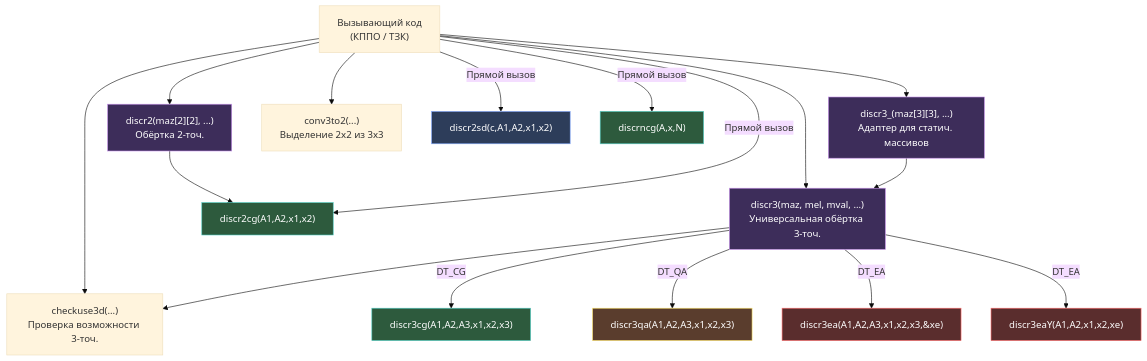
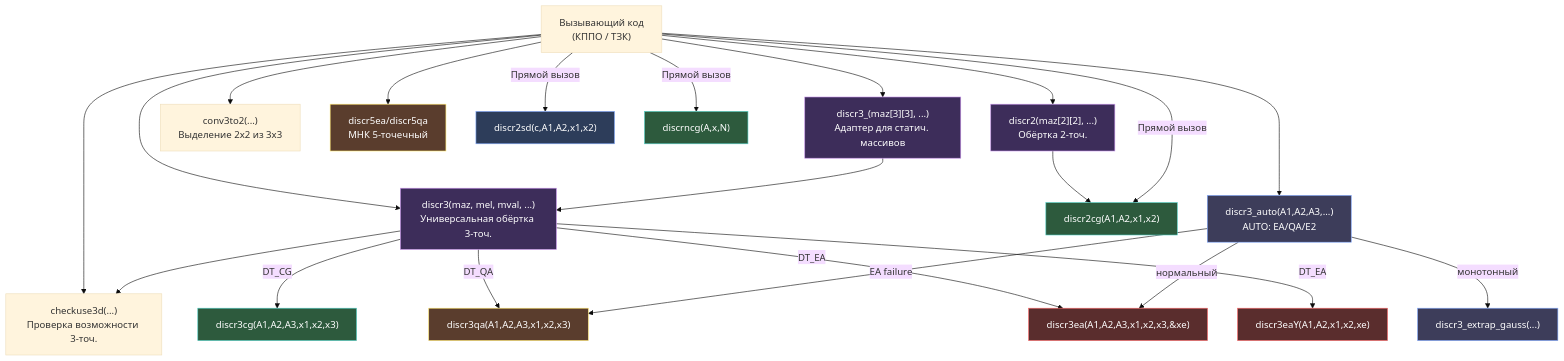
Before and after one commit to AlexLan73/Refactoring: the third of 3 diagrams in discriminator_estimates/Doc/Full.md, drawn with Mermaid (base theme). The commit also changed other lines of this file and 436 other files, not shown here.

````diff
--- a/discriminator_estimates/Doc/Full.md
+++ b/discriminator_estimates/Doc/Full.md
@@ -320,35 +517,44 @@
 ```mermaid
 graph TD
     CALLER["Вызывающий код<br/>(КППО / ТЗК)"]
 
     CALLER --> D3["discr3(maz, mel, mval, ...)<br/>Универсальная обёртка 3-точ."]
     CALLER --> D3_["discr3_(maz[3][3], ...)<br/>Адаптер для статич. массивов"]
     CALLER --> D2["discr2(maz[2][2], ...)<br/>Обёртка 2-точ."]
     CALLER --> CHK["checkuse3d(...)<br/>Проверка возможности 3-точ."]
     CALLER --> CONV["conv3to2(...)<br/>Выделение 2x2 из 3x3"]
+    CALLER --> AUTO["discr3_auto(A1,A2,A3,...)<br/>AUTO: EA/QA/E2"]
+    CALLER --> LSQ5["discr5ea/discr5qa<br/>МНК 5-точечный"]
 
     D3_ --> D3
     D3 --> CHK
 
     D3 -->|"DT_CG"| CG3["discr3cg(A1,A2,A3,x1,x2,x3)"]
     D3 -->|"DT_QA"| QA3["discr3qa(A1,A2,A3,x1,x2,x3)"]
     D3 -->|"DT_EA"| EA3["discr3ea(A1,A2,A3,x1,x2,x3,&xe)"]
     D3 -->|"DT_EA"| EAY["discr3eaY(A1,A2,x1,x2,xe)"]
+
+    AUTO -->|"монотонный"| E2["discr3_extrap_gauss(...)"]
+    AUTO -->|"нормальный"| EA3
+    AUTO -->|"EA failure"| QA3
 
     D2 --> CG2["discr2cg(A1,A2,x1,x2)"]
 
     CALLER -->|"Прямой вызов"| CG2
     CALLER -->|"Прямой вызов"| SD2["discr2sd(c,A1,A2,x1,x2)"]
     CALLER -->|"Прямой вызов"| CGN["discrncg(A,x,N)"]
 
     style D3 fill:#3d2d5a,stroke:#C792EA,color:#fff
     style D3_ fill:#3d2d5a,stroke:#C792EA,color:#fff
     style D2 fill:#3d2d5a,stroke:#C792EA,color:#fff
+    style AUTO fill:#3d3d5a,stroke:#82AAFF,color:#fff
+    style LSQ5 fill:#5a3d2d,stroke:#FFE66D,color:#fff
     style CG2 fill:#2d5a3d,stroke:#4ECDC4,color:#fff
     style CG3 fill:#2d5a3d,stroke:#4ECDC4,color:#fff
     style CGN fill:#2d5a3d,stroke:#4ECDC4,color:#fff
     style SD2 fill:#2d3d5a,stroke:#82AAFF,color:#fff
     style QA3 fill:#5a3d2d,stroke:#FFE66D,color:#fff
     style EA3 fill:#5a2d2d,stroke:#FF6B6B,color:#fff
     style EAY fill:#5a2d2d,stroke:#FF6B6B,color:#fff
+    style E2 fill:#3d3d5a,stroke:#82AAFF,color:#fff
 ```
````
